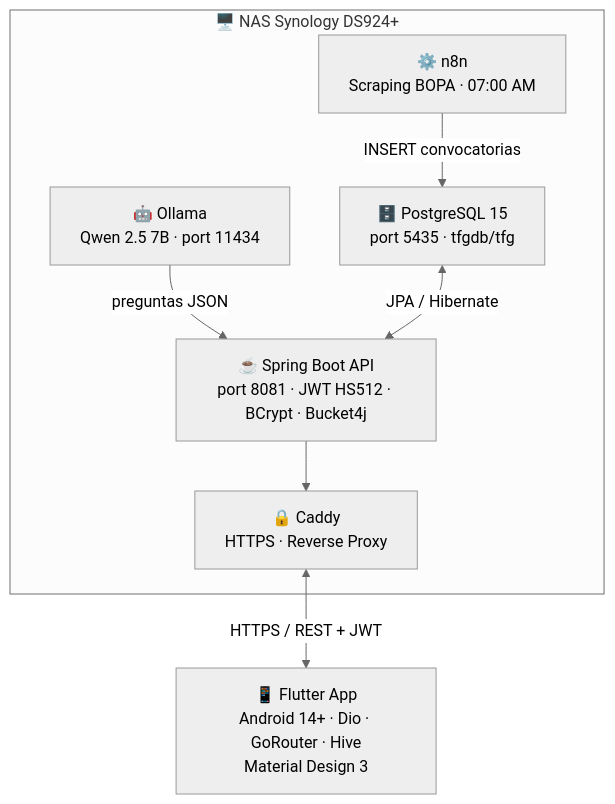
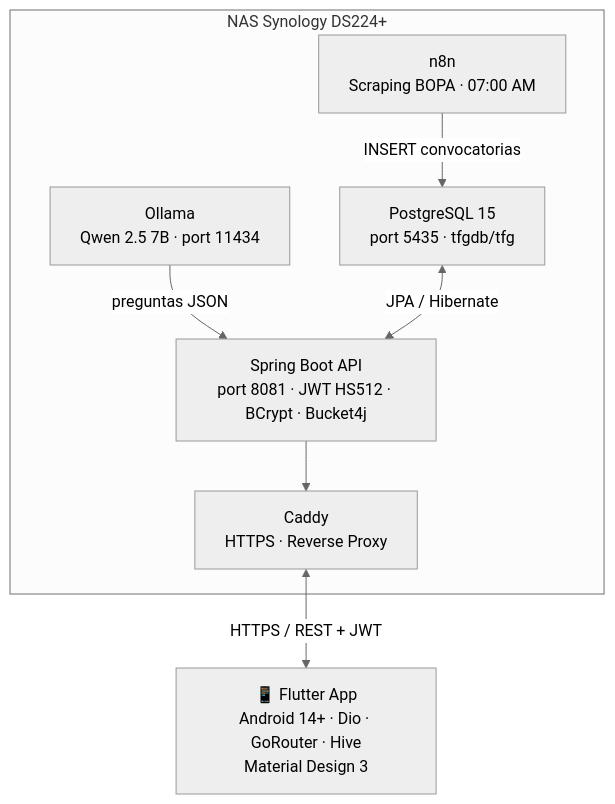
The diagram in README.md (IvanjonasFC/OposApp), drawn with Mermaid (neutral theme) before and after one commit.

````diff
--- a/README.md
+++ b/README.md
@@ -25,19 +25,19 @@
 ```mermaid
 graph TD
-    subgraph NAS ["🖥️ NAS Synology DS924+"]
-        PG["🗄️ PostgreSQL 15\nport 5435 · tfgdb/tfg"]
-        N8N["⚙️ n8n\nScraping BOPA · 07:00 AM"]
-        OL["🤖 Ollama\nQwen 2.5 7B · port 11434"]
-        SB["☕ Spring Boot API\nport 8081 · JWT HS512 · BCrypt · Bucket4j"]
-        CD["🔒 Caddy\nHTTPS · Reverse Proxy"]
+    subgraph NAS [" NAS Synology DS224+"]
+        PG[" PostgreSQL 15\nport 5435 · tfgdb/tfg"]
+        N8N[" n8n\nScraping BOPA · 07:00 AM"]
+        OL[" Ollama\nQwen 2.5 7B · port 11434"]
+        SB[" Spring Boot API\nport 8081 · JWT HS512 · BCrypt · Bucket4j"]
+        CD[" Caddy\nHTTPS · Reverse Proxy"]
 
         N8N -->|"INSERT convocatorias"| PG
         OL -->|"preguntas JSON"| SB
         PG <-->|"JPA / Hibernate"| SB
         SB --> CD
     end
 
     FL["📱 Flutter App\nAndroid 14+ · Dio · GoRouter · Hive\nMaterial Design 3"]
 
     CD <-->|"HTTPS / REST + JWT"| FL
 ```
````
